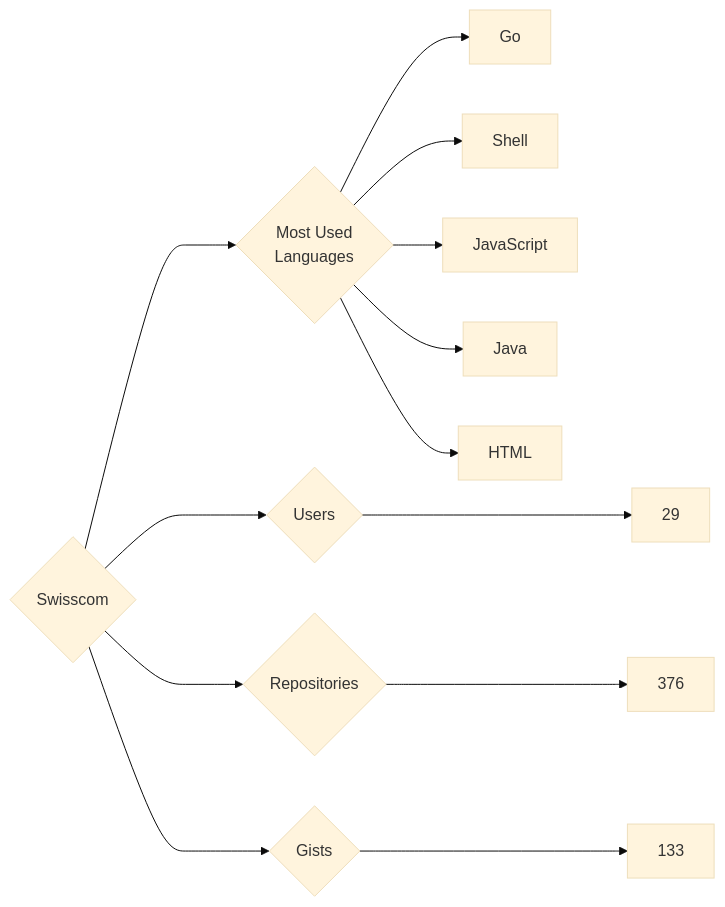
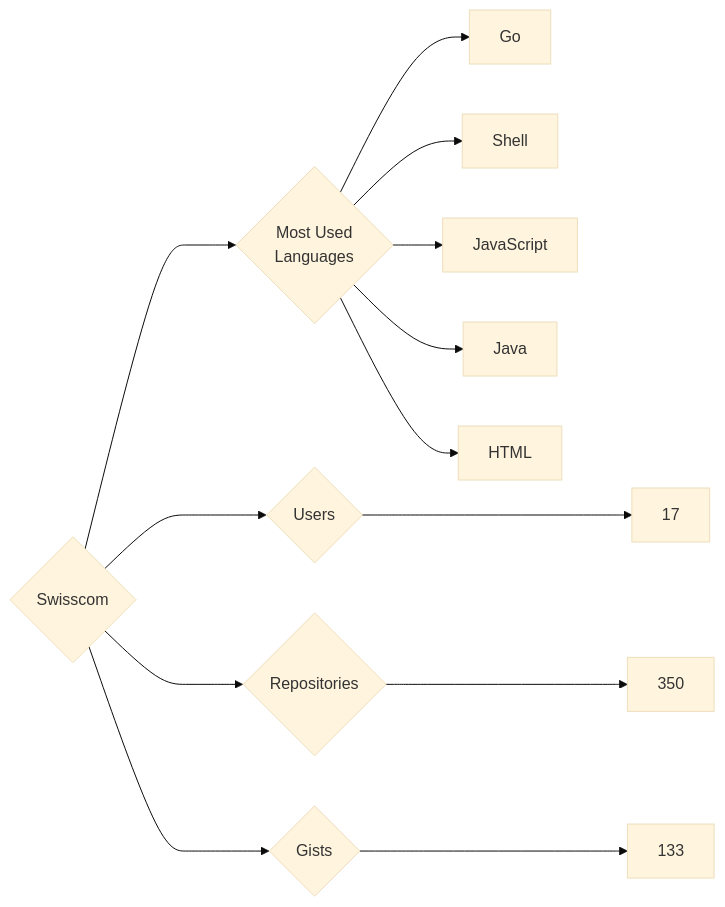
Before and after one commit to trickest/insiders: the diagram in targets/Swisscom/README.md, drawn with Mermaid (base theme). The commit also changed 886 other files, not shown here.

````diff
--- a/targets/Swisscom/README.md
+++ b/targets/Swisscom/README.md
@@ -3,13 +3,13 @@
 ```mermaid
 graph LR
 COMPANY_NAME{Swisscom}
-COMPANY_NAME ---> U{Users} ---> UN[29]
-COMPANY_NAME ---> R{Repositories} ---> RN[376]
+COMPANY_NAME ---> U{Users} ---> UN[17]
+COMPANY_NAME ---> R{Repositories} ---> RN[350]
 COMPANY_NAME ---> G{Gists} ---> GN[133]
 COMPANY_NAME ---> ML{Most Used<br>Languages}
 ML --> Go[Go]
 ML --> Shell[Shell]
 ML --> JavaScript[JavaScript]
 ML --> Java[Java]
 ML --> HTML[HTML]
 ```
````
